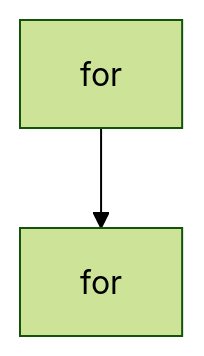
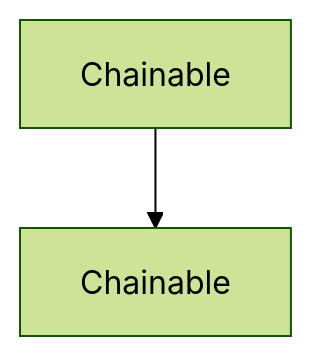
One commit to johnxie/awesome-code-docs changed the diagram in tutorials/refly-tutorial/04-api-and-webhook-integrations.md. Above: the diagram before and after it, drawn with Mermaid (forest theme). The commit also changed other lines of this file and 1232 other files, not shown here.

````diff
--- a/tutorials/refly-tutorial/04-api-and-webhook-integrations.md
+++ b/tutorials/refly-tutorial/04-api-and-webhook-integrations.md
@@ -140,6 +138,6 @@
 ```mermaid
 flowchart TD
-    A[for]
-    B[for]
+    A[Chainable]
+    B[Chainable]
     A --> B
 ```
````
